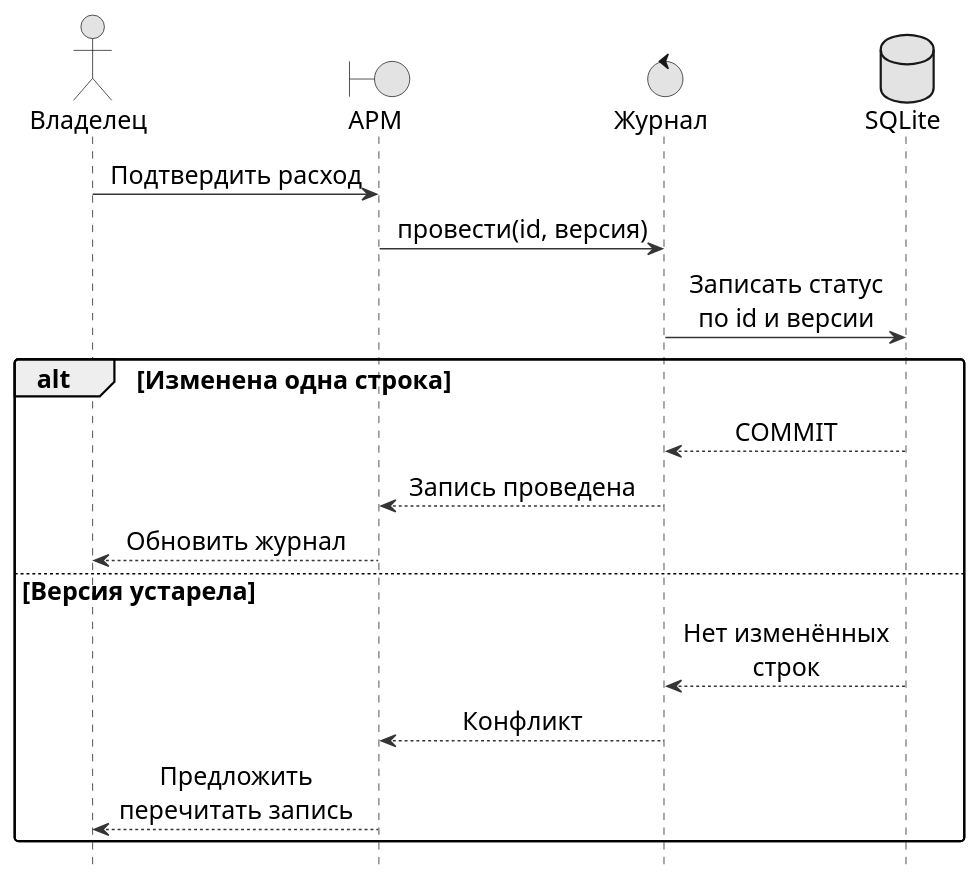
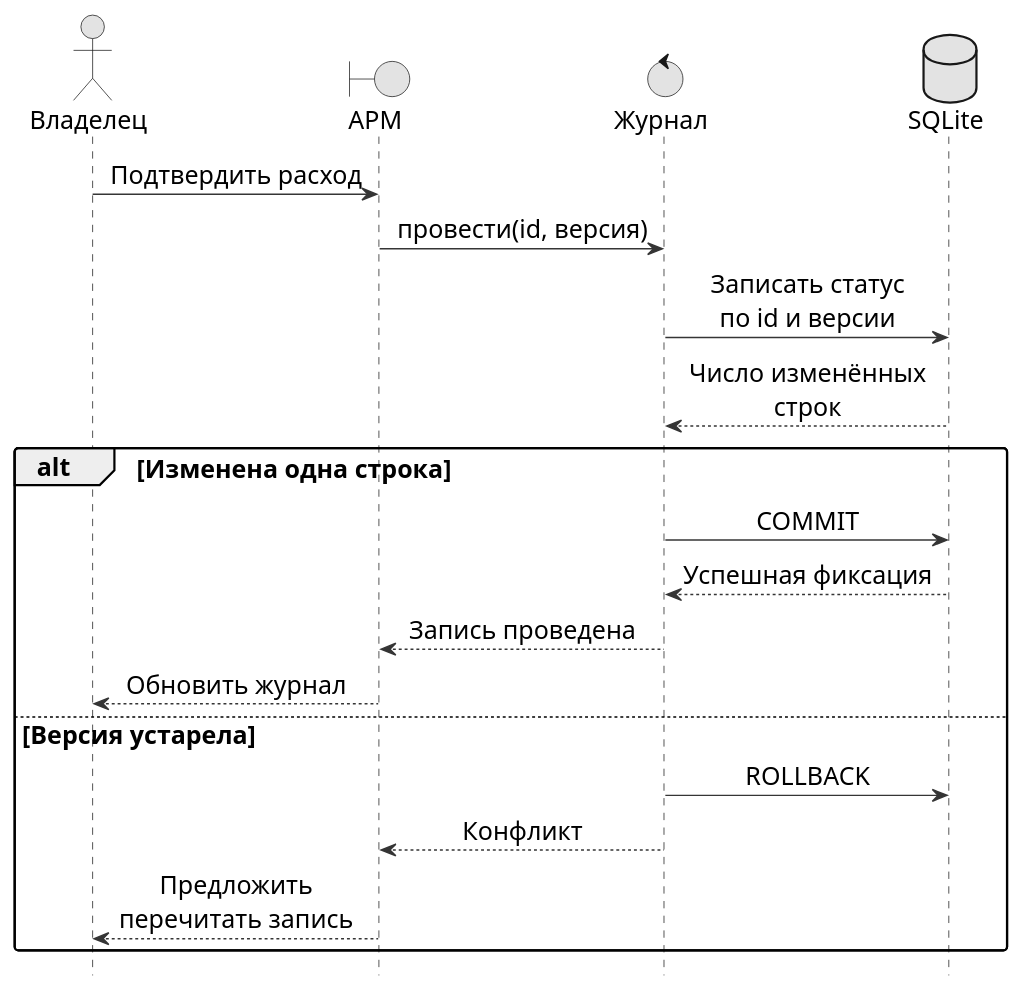
Before and after one commit to Dakstar-cool/personal-finance-tracker: the diagram in docs/diagrams/07-sequence.puml, drawn with PlantUML. The commit also changed 7 other files, not shown here.

```diff
--- a/docs/diagrams/07-sequence.puml
+++ b/docs/diagrams/07-sequence.puml
@@ -1,29 +1,31 @@
 @startuml
 skinparam backgroundColor white
 skinparam shadowing false
 skinparam defaultFontName Arial
 skinparam defaultFontSize 17
 skinparam ArrowColor #263A4A
 skinparam defaultTextAlignment center
 skinparam monochrome true
 skinparam roundcorner 5
 hide footbox
 skinparam sequenceMessageAlign center
 skinparam maxMessageSize 180
 actor "Владелец" as U
 boundary "АРМ" as UI
 control "Журнал" as J
 database "SQLite" as DB
 U -> UI : Подтвердить расход
 UI -> J : провести(id, версия)
 J -> DB : Записать статус\nпо id и версии
+DB --> J : Число изменённых строк
 alt Изменена одна строка
-DB --> J : COMMIT
+J -> DB : COMMIT
+DB --> J : Успешная фиксация
 J --> UI : Запись проведена
 UI --> U : Обновить журнал
 else Версия устарела
-DB --> J : Нет изменённых строк
+J -> DB : ROLLBACK
 J --> UI : Конфликт
 UI --> U : Предложить перечитать запись
 end
 @enduml
```
